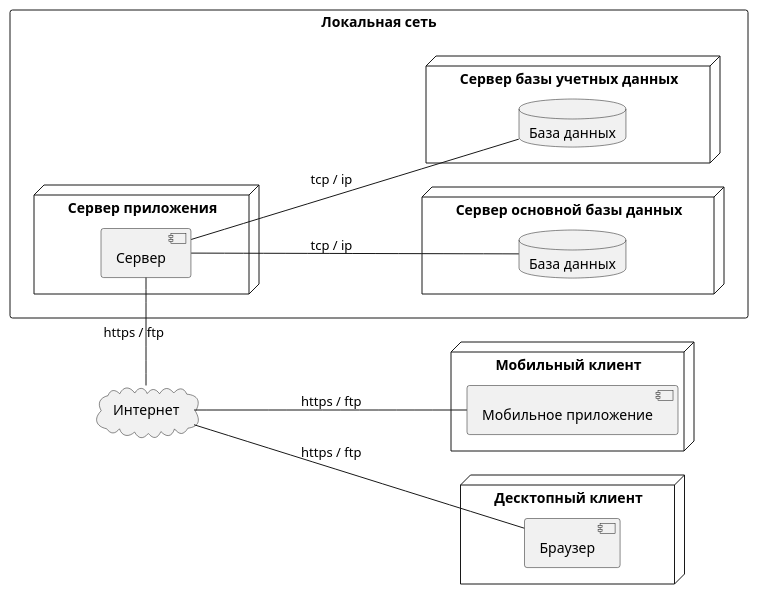
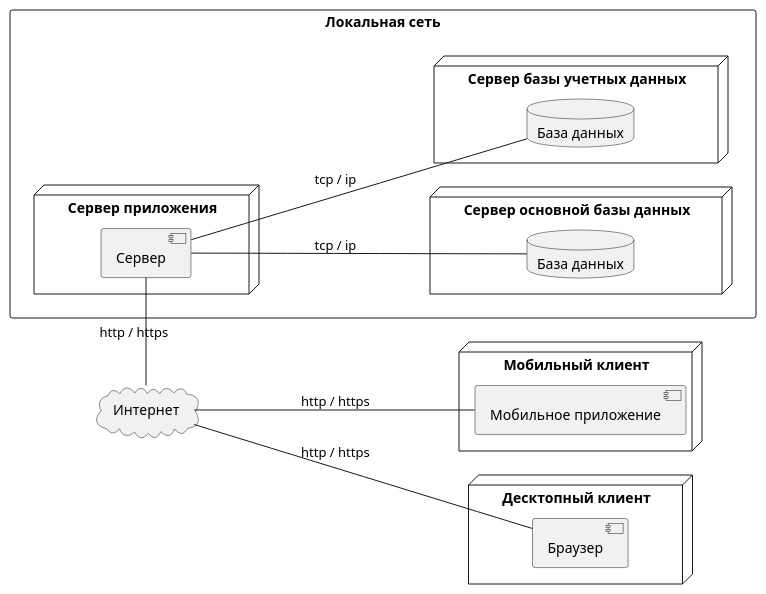
One commit to astu-app/ASTU-Bulletin-Board-Server changed the diagram in doc/диаграммы/развертывание.puml. Above: the diagram before and after it, drawn with PlantUML. The commit also changed 3 other files, not shown here.

Commit message:
мелкие правки в диаграммах

```diff
--- a/doc/диаграммы/развертывание.puml
+++ b/doc/диаграммы/развертывание.puml
@@ -1,35 +1,35 @@
 @startuml
 'https://plantuml.com/deployment-diagram
 
 left to right direction
 
 rectangle "Локальная сеть" {
     node "Сервер приложения" as server_node {
         component "Сервер" as app_server
     }
     
     node "Сервер основной базы данных" {
         database "База данных" as announcements_db
     }
     app_server -- announcements_db : tcp / ip
     
     node "Сервер базы учетных данных" {
         database "База данных" as accounts_db
     }
     app_server -- accounts_db : tcp / ip
 }
 
 cloud "Интернет" as internet
-app_server -left- internet : https / ftp
+app_server -left- internet : http / https
 
 node "Мобильный клиент" as mobile_client {
     component "Мобильное приложение" as mobile_app
 }
-internet -- mobile_app : https / ftp
+internet -- mobile_app : http / https
 
 node "Десктопный клиент" as desktop_client {
     component "Браузер" as browser
 }
-internet -- browser : https / ftp
+internet -- browser : http / https
 
 @enduml
```
